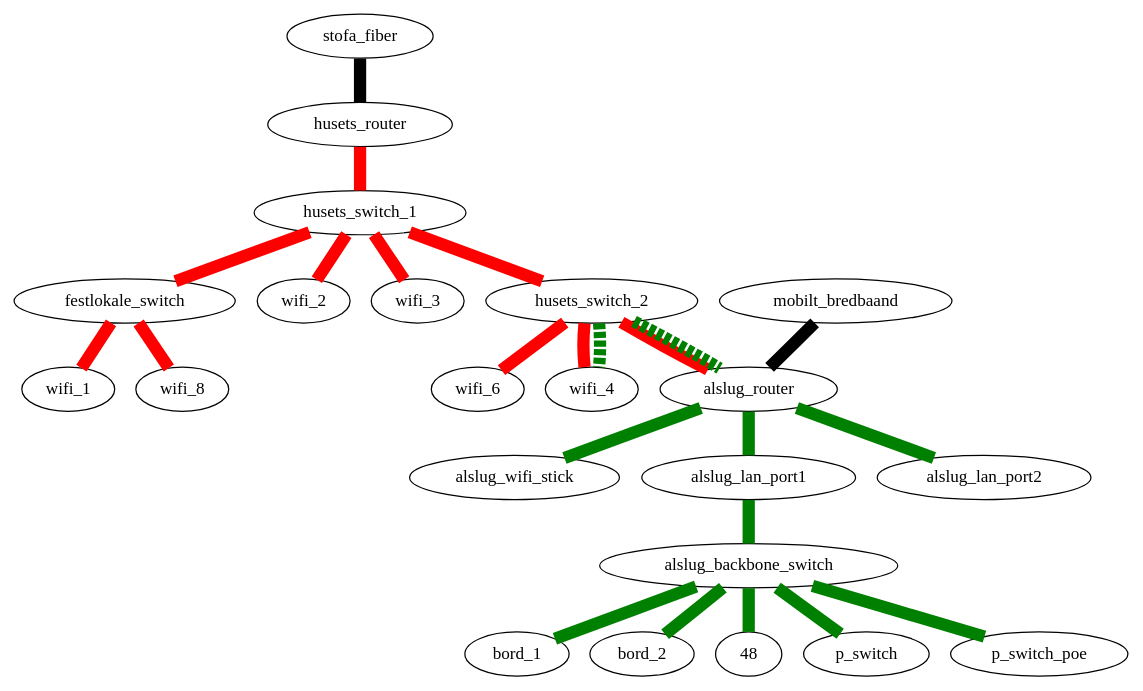
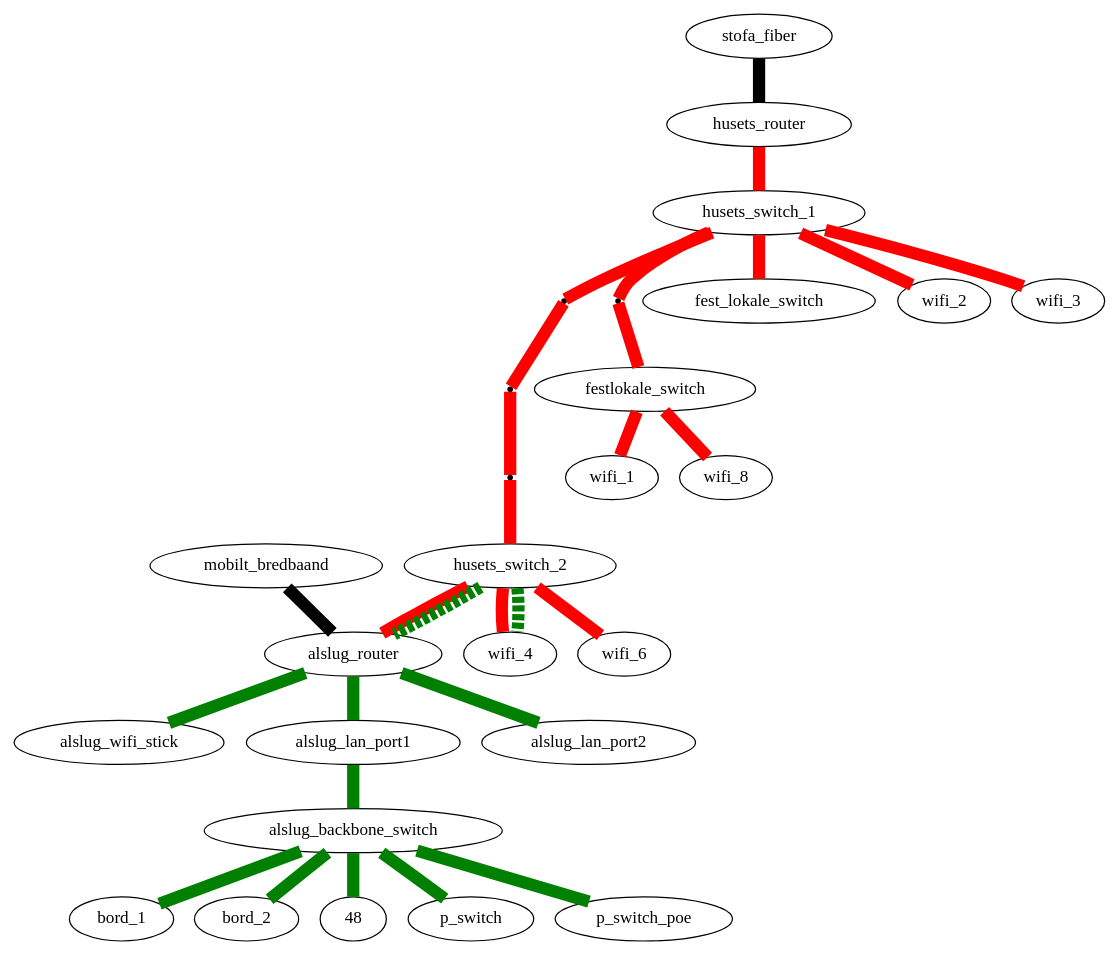
One commit to alslug/alslug.dk changed the diagram in projekter/network.dot. Above: the diagram before and after it, drawn with Graphviz.

```diff
--- a/projekter/network.dot
+++ b/projekter/network.dot
@@ -1,22 +1,27 @@
 digraph xxx {
+  link_12a [ shape=point ];
+  link_12b [ shape=point ];
+  link_12c [ shape=point ];
+  link_1fa [ shape=point ];
   edge [ dir=none penwidth=10 ];
   
   // Internet forbindelser
   stofa_fiber      -> husets_router [ fillcolor=black style=filled ];
   mobilt_bredbaand -> alslug_router [ fillcolor=black style=filled ];
   
   // Husets forbindelser
   edge  [ color=red style=solid ];
-  husets_router -> husets_switch_1 -> { husets_switch_2 festlokale_switch wifi_2 wifi_3 };
-  husets_switch_2 -> { wifi_4 wifi_6 alslug_router};
-  festlokale_switch -> { wifi_1 wifi_8 };
+  husets_router -> husets_switch_1 -> { fest_lokale_switch wifi_2 wifi_3 };
+  husets_switch_1 -> link_12a -> link_12b -> link_12c -> husets_switch_2 -> { wifi_4 wifi_6 alslug_router};
+  husets_switch_1 -> link_1fa -> festlokale_switch -> { wifi_1 wifi_8 };
 
   // VLAN forbindelser over bakkensbros netværk
   edge  [ color=green style=dashed ];
   husets_switch_2 -> { alslug_router wifi_4 };
   
   // Interne forbindelser
   edge [ color=green style=solid ];
   alslug_router -> { alslug_wifi_stick alslug_lan_port1 alslug_lan_port2 };
   alslug_lan_port1 -> alslug_backbone_switch -> { bord_1 bord_2 48p_switch 48p_switch_poe }
+  
 }
```
